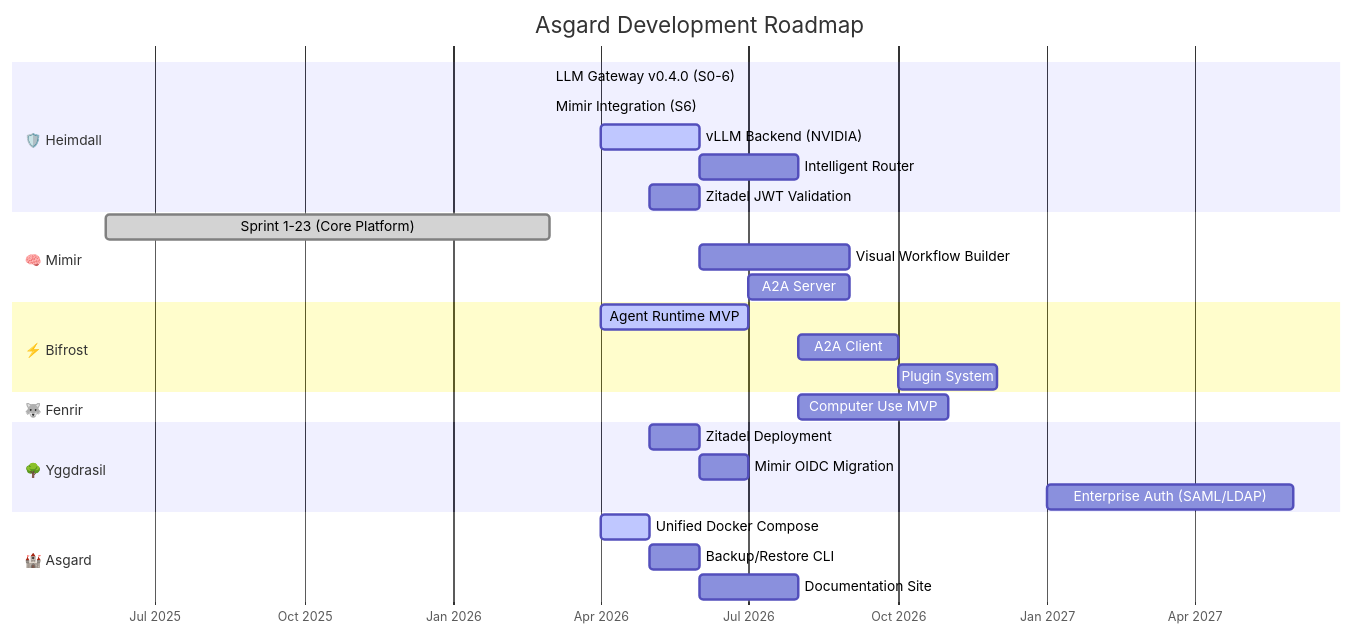
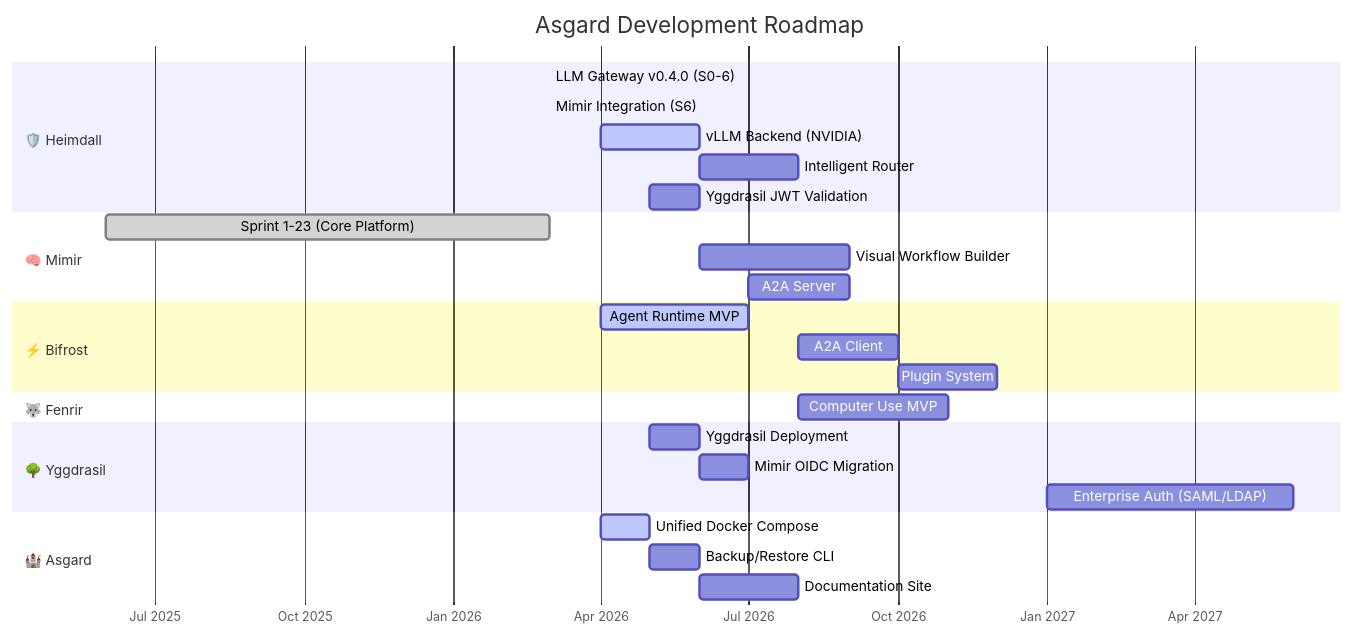
Before and after one commit to MegaWiz-Dev-Team/Asgard: the diagram in docs/strategy/roadmap.md, drawn with Mermaid. The commit also changed other lines of this file and 28 other files, not shown here.

First line of the commit message:
refactor: rename Zitadel → Yggdrasil branding

````diff
--- a/docs/strategy/roadmap.md
+++ b/docs/strategy/roadmap.md
@@ -11,36 +11,36 @@
 ```mermaid
 gantt
     title Asgard Development Roadmap
     dateFormat  YYYY-MM
     axisFormat  %b %Y
 
     section 🛡️ Heimdall
     LLM Gateway v0.4.0 (S0-6)        :done,    h1, 2026-03, 2026-03
     Mimir Integration (S6)            :done,    h1b, 2026-03, 2026-03
     vLLM Backend (NVIDIA)             :active,  h2, 2026-04, 2026-06
     Intelligent Router                :         h3, 2026-06, 2026-08
-    Zitadel JWT Validation            :         h4, 2026-05, 2026-06
+    Yggdrasil JWT Validation            :         h4, 2026-05, 2026-06
 
     section 🧠 Mimir
     Sprint 1-23 (Core Platform)       :done,    m1, 2025-06, 2026-03
     Visual Workflow Builder            :         m2, 2026-06, 2026-09
     A2A Server                        :         m3, 2026-07, 2026-09
 
     section ⚡ Bifrost
     Agent Runtime MVP                 :active,  b1, 2026-04, 2026-07
     A2A Client                        :         b2, 2026-08, 2026-10
     Plugin System                     :         b3, 2026-10, 2026-12
 
     section 🐺 Fenrir
     Computer Use MVP                  :         f1, 2026-08, 2026-11
 
     section 🌳 Yggdrasil
-    Zitadel Deployment                :         y1, 2026-05, 2026-06
+    Yggdrasil Deployment                :         y1, 2026-05, 2026-06
     Mimir OIDC Migration              :         y2, 2026-06, 2026-07
     Enterprise Auth (SAML/LDAP)       :         y3, 2027-01, 2027-06
 
     section 🏰 Asgard
     Unified Docker Compose            :active,  a1, 2026-04, 2026-05
     Backup/Restore CLI                :         a2, 2026-05, 2026-06
     Documentation Site                :         a3, 2026-06, 2026-08
 ```
````
